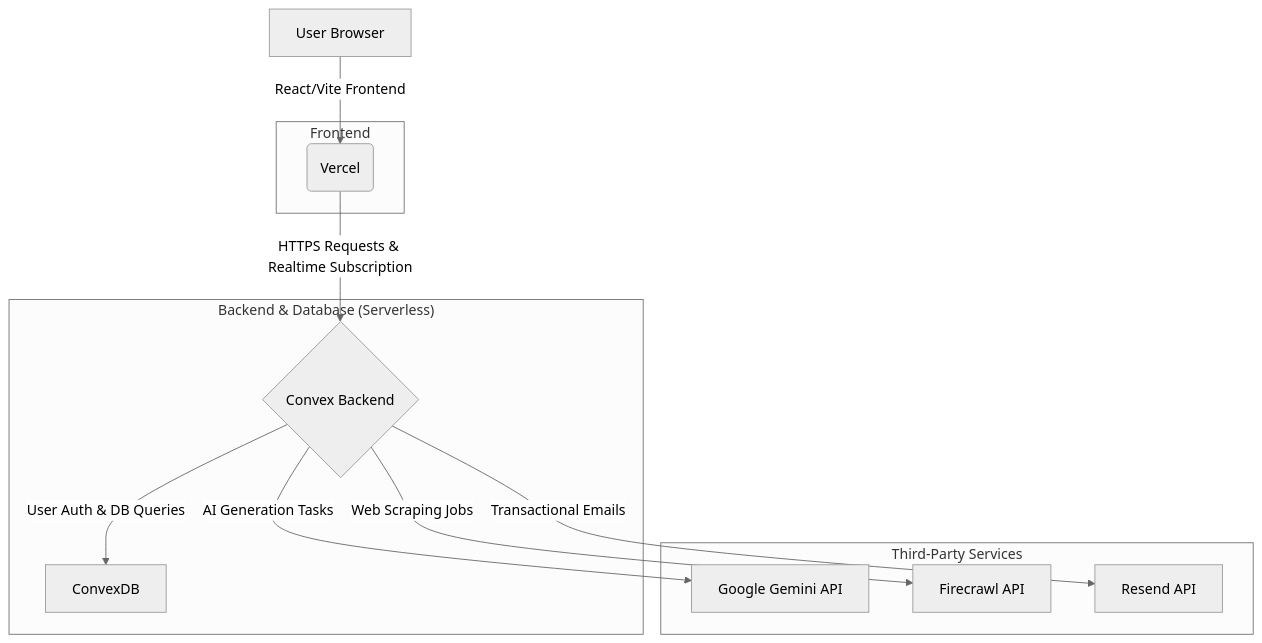
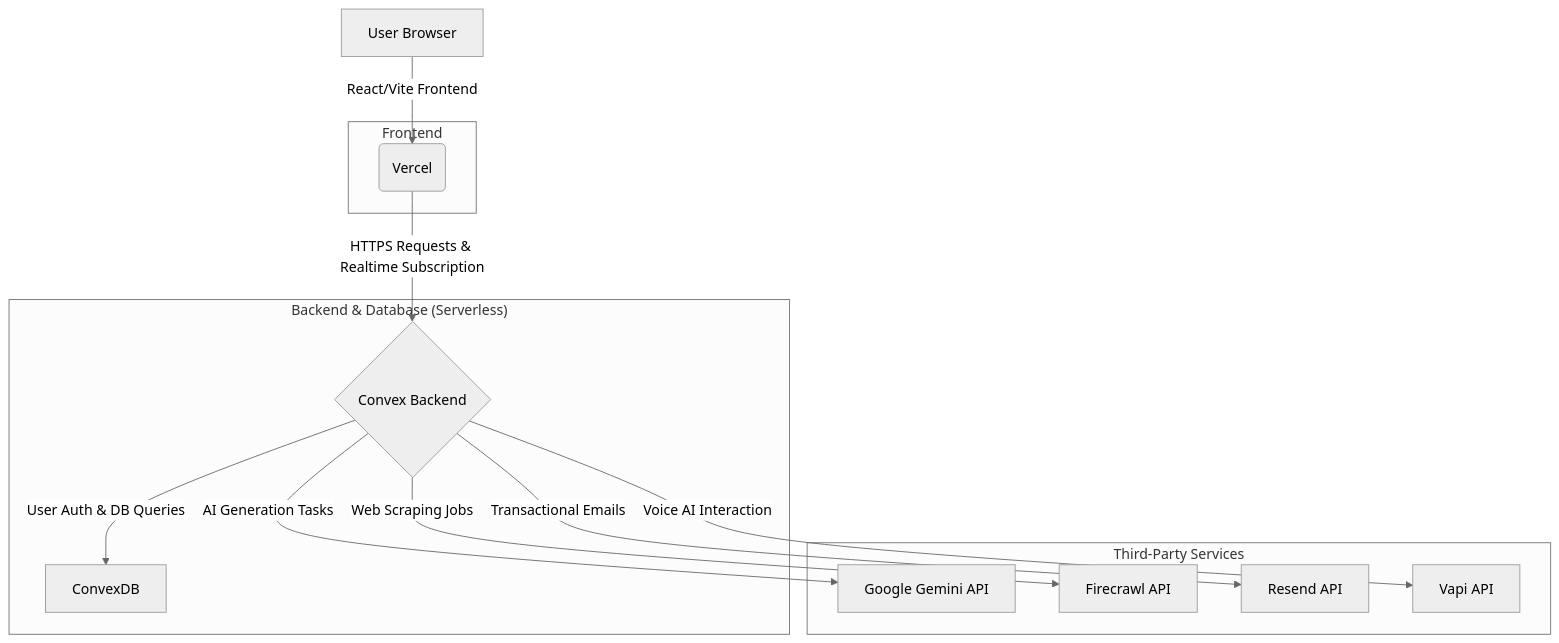
The diagram in README.md (zaikaman/VentureSmith), drawn with Mermaid (neutral theme) before and after one commit. The commit also changed other lines of this file, not shown here.

````diff
--- a/README.md
+++ b/README.md
@@ -68,24 +68,26 @@
 ```mermaid
 graph TD
     A[User Browser] -->|React/Vite Frontend| B(Vercel);
     B -->|HTTPS Requests & Realtime Subscription| C{Convex Backend};
     C -->|User Auth & DB Queries| D[ConvexDB];
     C -->|AI Generation Tasks| E[Google Gemini API];
     C -->|Web Scraping Jobs| F[Firecrawl API];
     C -->|Transactional Emails| G[Resend API];
+    C -->|Voice AI Interaction| H[Vapi API];
 
     subgraph "Frontend"
         B
     end
 
     subgraph "Backend & Database (Serverless)"
         C
         D
     end
 
     subgraph "Third-Party Services"
         E
         F
         G
+        H
     end
 ```
````
